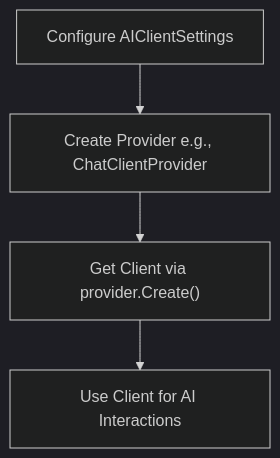
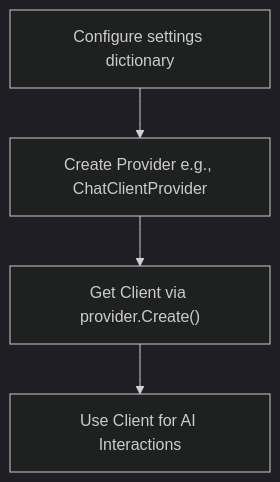
The first of 6 diagrams in README.md (durmisi/AIKit), drawn with Mermaid (dark theme) before and after one commit. The commit also changed other lines of this file and 39 other files, not shown here.

First line of the commit message:
Refactor AI client settings management to use a dictionary for configuration

````diff
--- a/README.md
+++ b/README.md
@@ -13,6 +13,6 @@
   ```mermaid
   flowchart TD
-      A[Configure AIClientSettings] --> B[Create Provider e.g., ChatClientProvider]
+      A[Configure settings dictionary] --> B[Create Provider e.g., ChatClientProvider]
       B --> C["Get Client via provider.Create()"]
       C --> D[Use Client for AI Interactions]
   ```
````
